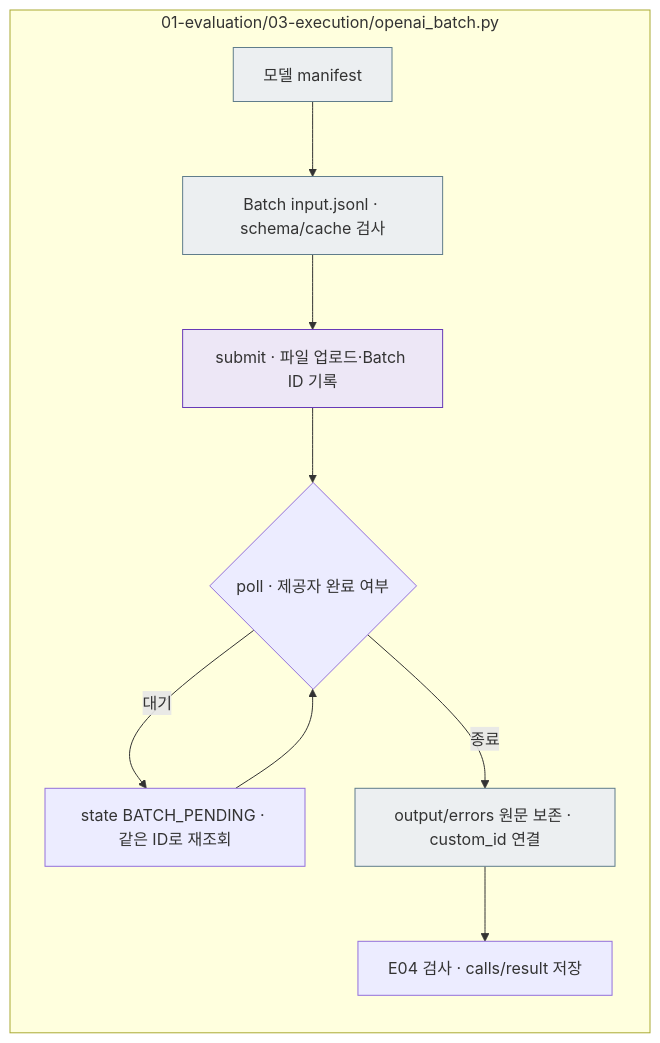
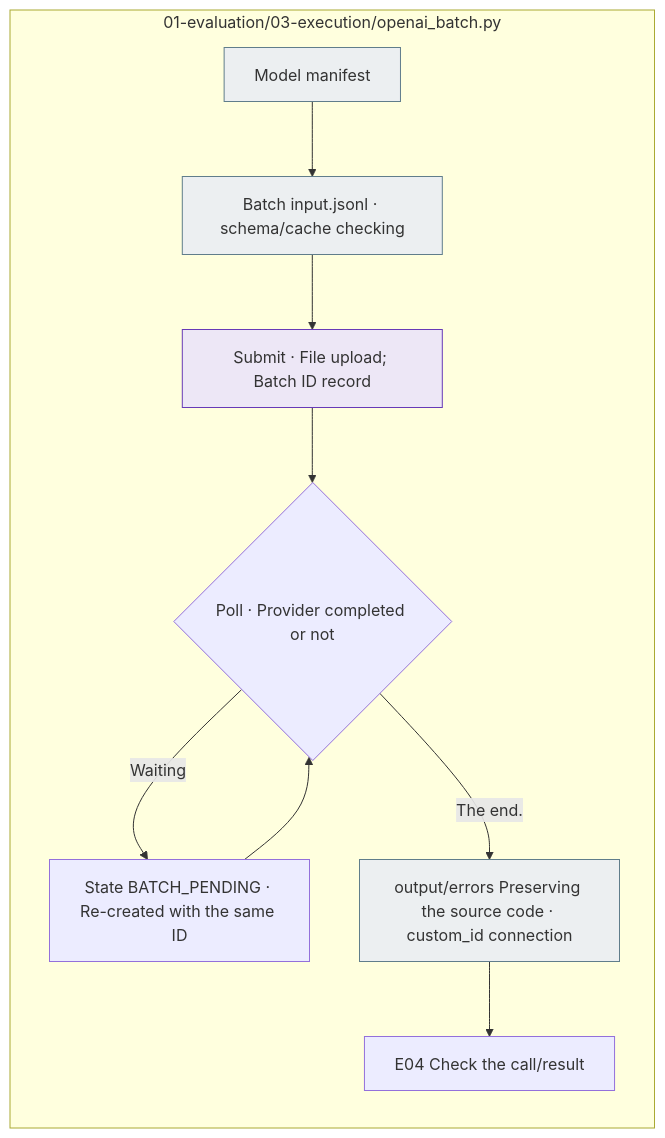
The third of 3 diagrams in src/finarch/documentation/templates/stages/02-experiments/01_evaluation/03_execution/README.md (pnu-clink/finject), drawn with Mermaid before and after one commit. The commit also changed other lines of this file and 644 other files, not shown here.

````diff
--- a/src/finarch/documentation/templates/stages/02-experiments/01_evaluation/03_execution/README.md
+++ b/src/finarch/documentation/templates/stages/02-experiments/01_evaluation/03_execution/README.md
@@ -132,13 +132,13 @@
 ```mermaid
 flowchart LR
  subgraph B["01-evaluation/03-execution/openai_batch.py"]
-  M["모델 manifest"] --> F["Batch input.jsonl · schema/cache 검사"] --> S["submit · 파일 업로드·Batch ID 기록"]
-  S --> P{"poll · 제공자 완료 여부"}
-  P -->|대기| W["state BATCH_PENDING · 같은 ID로 재조회"] --> P
-  P -->|종료| R["output/errors 원문 보존 · custom_id 연결"] --> V["E04 검사 · calls/result 저장"]
+  M["Model manifest"] --> F["Batch input.jsonl · schema/cache checking"] --> S["Submit · File upload; Batch ID record"]
+  S --> P{"Poll · Provider completed or not"}
+  P -->|Waiting| W["State BATCH_PENDING · Re-created with the same ID"] --> P
+  P -->|The end.| R["output/errors Preserving the source code · custom_id connection"] --> V["E04 Check the call/result"]
  end
  classDef file fill:#eceff1,stroke:#607d8b;
  classDef llm fill:#ede7f6,stroke:#673ab7;
  class M,F,R file;
  class S llm;
 ```
````
